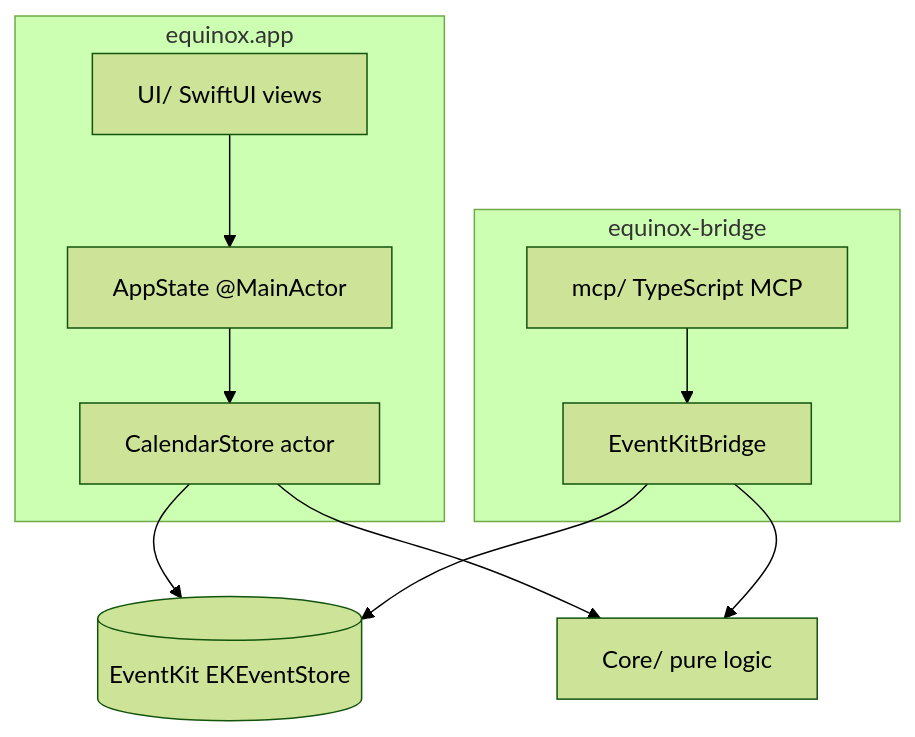
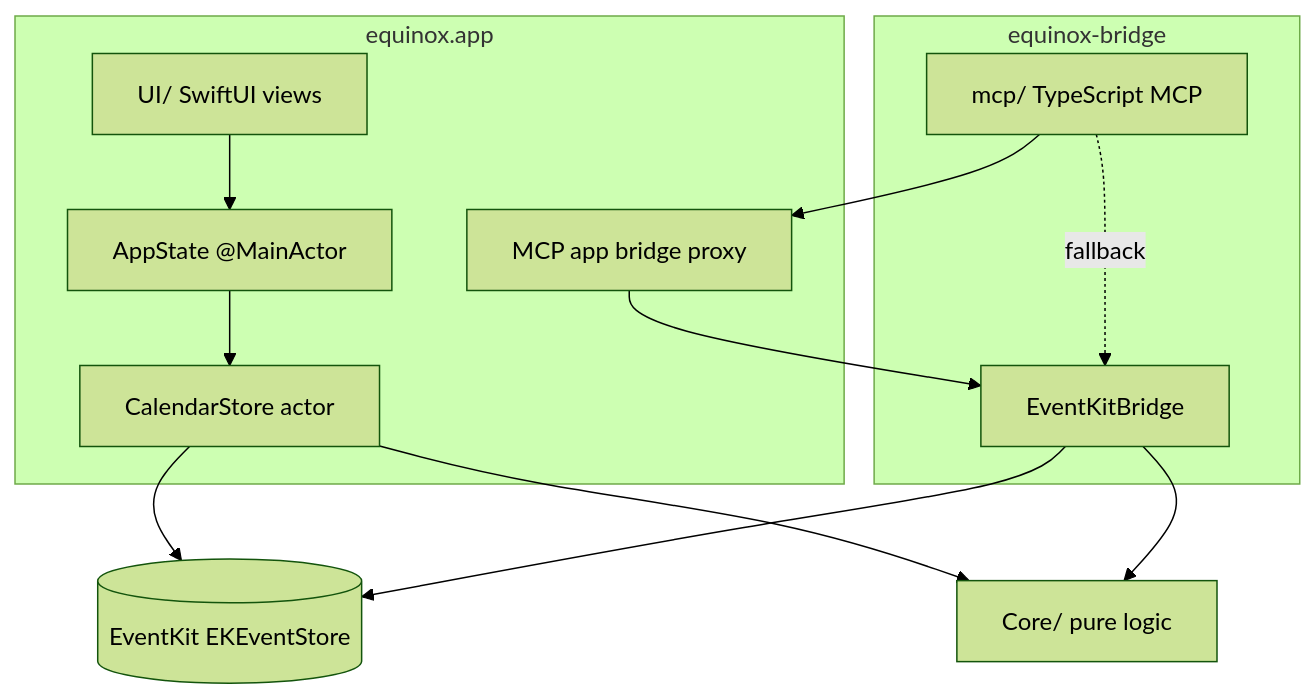
One commit to ksandrpetrov/equinox changed the first of 2 diagrams in ARCHITECTURE.md. Above: the diagram before and after it, drawn with Mermaid (forest theme). The commit also changed other lines of this file and 62 other files, not shown here.

````diff
--- a/ARCHITECTURE.md
+++ b/ARCHITECTURE.md
@@ -7,22 +7,25 @@
 ```mermaid
 flowchart TB
     subgraph gui [equinox.app]
         UI[UI/ SwiftUI views]
         AppState[AppState @MainActor]
         CalendarStore[CalendarStore actor]
+        AppBridge[MCP app bridge proxy]
     end
     subgraph cli [equinox-bridge]
         MCP[mcp/ TypeScript MCP]
         Bridge[EventKitBridge]
     end
     EK[(EventKit EKEventStore)]
     Core[Core/ pure logic]
 
     UI --> AppState
     AppState --> CalendarStore
     CalendarStore --> EK
     CalendarStore --> Core
-    MCP --> Bridge
+    MCP --> AppBridge
+    AppBridge --> Bridge
+    MCP -. fallback .-> Bridge
     Bridge --> EK
     Bridge --> Core
 ```
````
